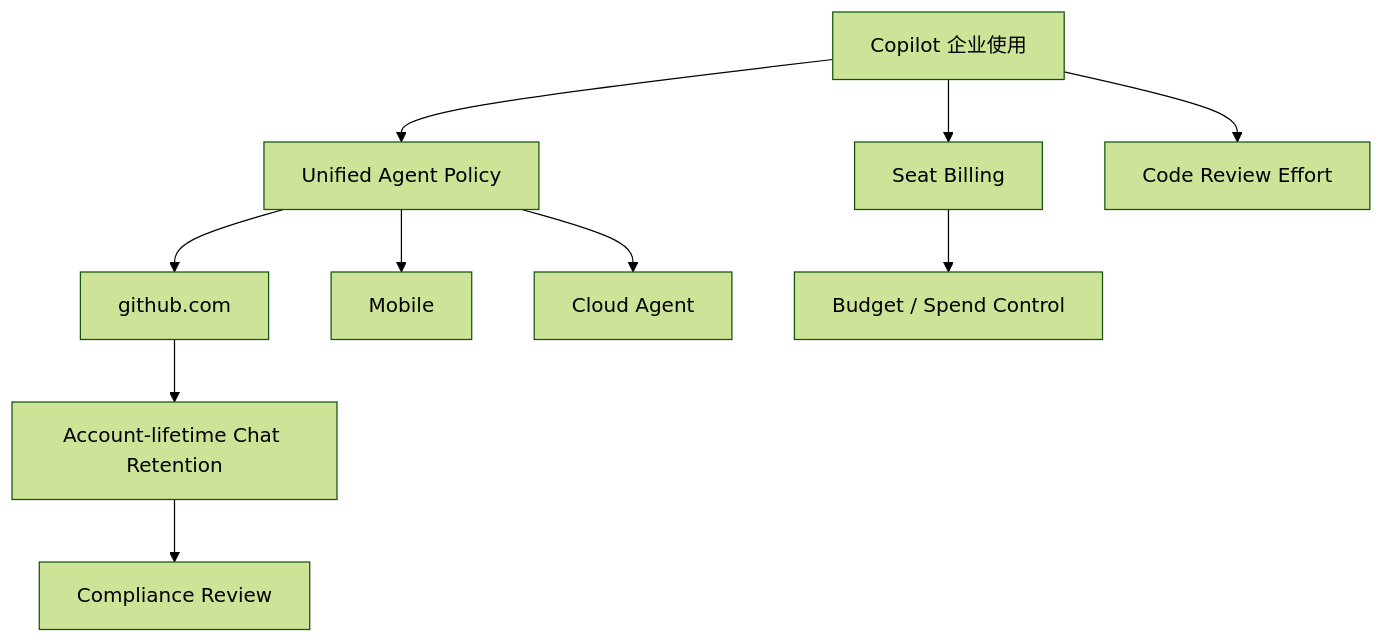
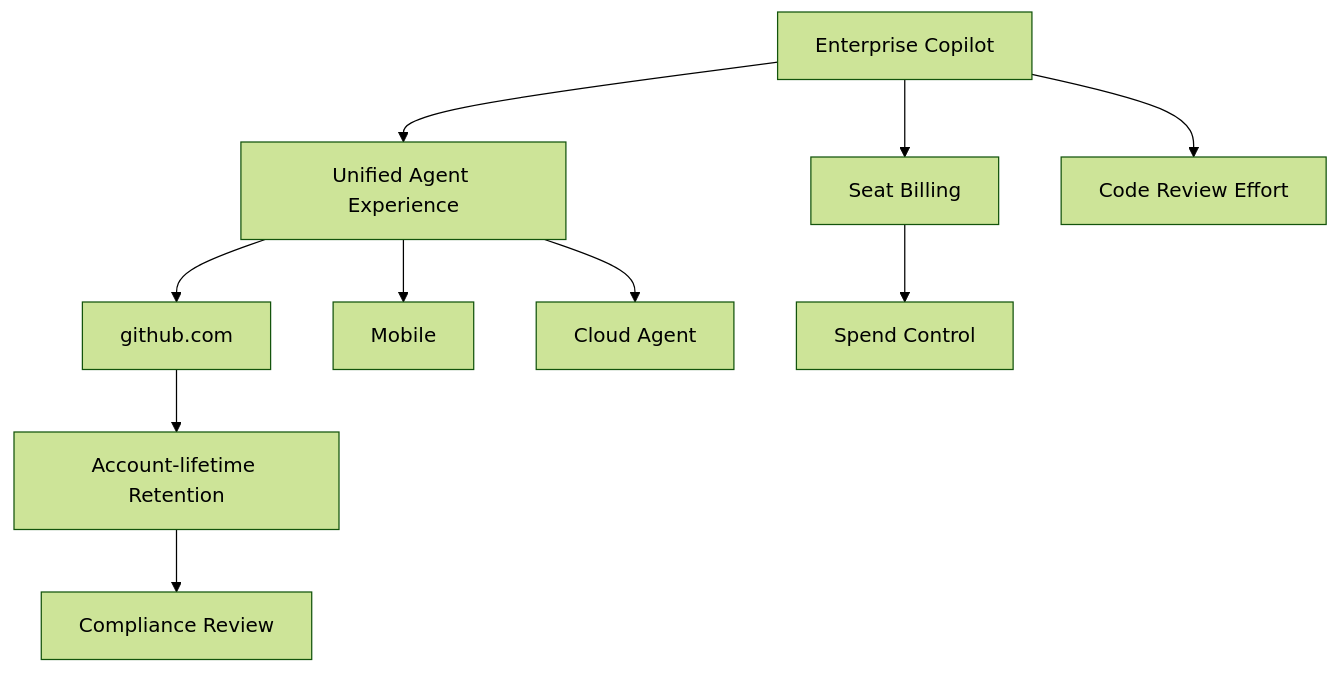
The seventh of 20 diagrams in 260829.md (wlf186/ai-daily-headlines), drawn with Mermaid (forest theme) before and after one commit. The commit also changed other lines of this file, not shown here.

````diff
--- a/260829.md
+++ b/260829.md
@@ -285,12 +282,12 @@
 ```mermaid
 flowchart TD
-    GH1[Copilot 企业使用] --> GH2[Seat Billing]
-    GH1 --> GH3[Unified Agent Policy]
+    GH1[Enterprise Copilot] --> GH2[Unified Agent Experience]
+    GH1 --> GH3[Seat Billing]
     GH1 --> GH4[Code Review Effort]
-    GH3 --> GH5[github.com]
-    GH3 --> GH6[Mobile]
-    GH3 --> GH7[Cloud Agent]
-    GH5 --> GH8[Account-lifetime Chat Retention]
-    GH2 --> GH9[Budget / Spend Control]
-    GH8 --> GH10[Compliance Review]
+    GH2 --> GH5[github.com]
+    GH2 --> GH6[Mobile]
+    GH2 --> GH7[Cloud Agent]
+    GH5 --> GH8[Account-lifetime Retention]
+    GH8 --> GH9[Compliance Review]
+    GH3 --> GH10[Spend Control]
 ```
````
